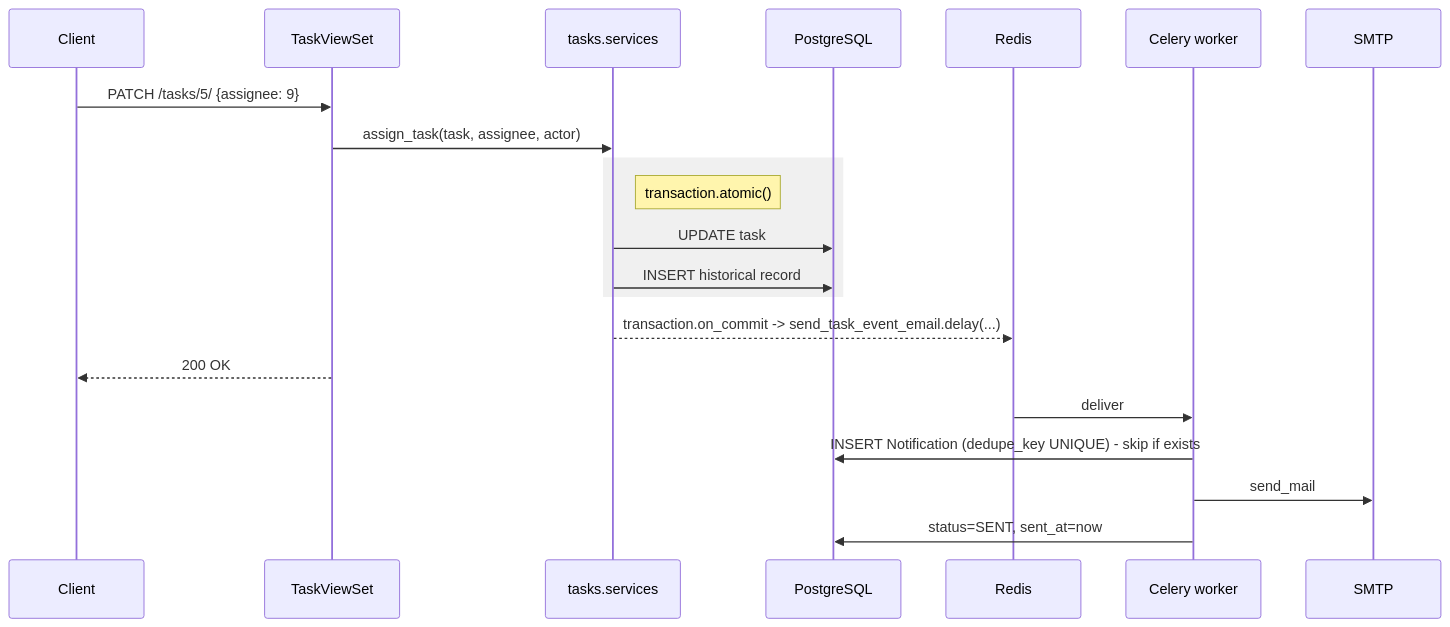
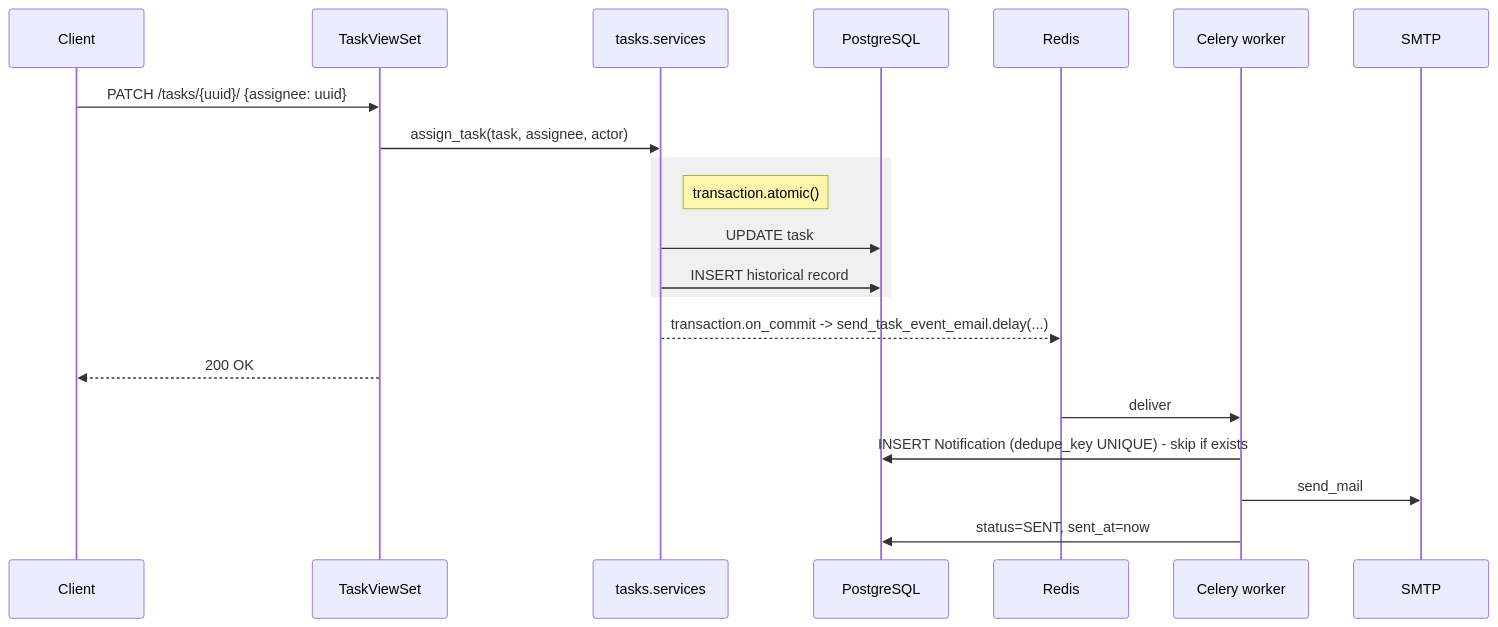
Before and after one commit to ivanmviveros/TaskManagementSystem: the fifth of 5 diagrams in docs/superpowers/specs/2026-10-05-task-management-system-design.md, drawn with Mermaid. The commit also changed other lines of this file, not shown here.

````diff
--- a/docs/superpowers/specs/2026-10-05-task-management-system-design.md
+++ b/docs/superpowers/specs/2026-10-05-task-management-system-design.md
@@ -816,24 +824,24 @@
 ```mermaid
 sequenceDiagram
     participant C as Client
     participant V as TaskViewSet
     participant S as tasks.services
     participant DB as PostgreSQL
     participant Q as Redis
     participant W as Celery worker
     participant M as SMTP
 
-    C->>V: PATCH /tasks/5/ {assignee: 9}
+    C->>V: PATCH /tasks/{uuid}/ {assignee: uuid}
     V->>S: assign_task(task, assignee, actor)
     rect rgb(240,240,240)
     note right of S: transaction.atomic()
     S->>DB: UPDATE task
     S->>DB: INSERT historical record
     end
     S-->>Q: transaction.on_commit -> send_task_event_email.delay(...)
     V-->>C: 200 OK
     Q->>W: deliver
     W->>DB: INSERT Notification (dedupe_key UNIQUE) - skip if exists
     W->>M: send_mail
     W->>DB: status=SENT, sent_at=now
 ```
````
